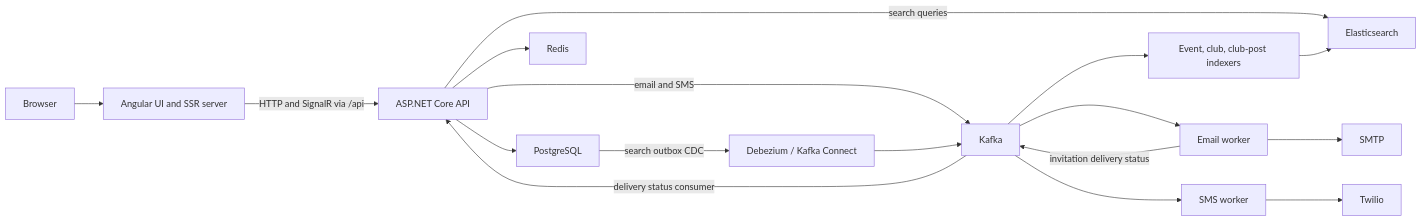
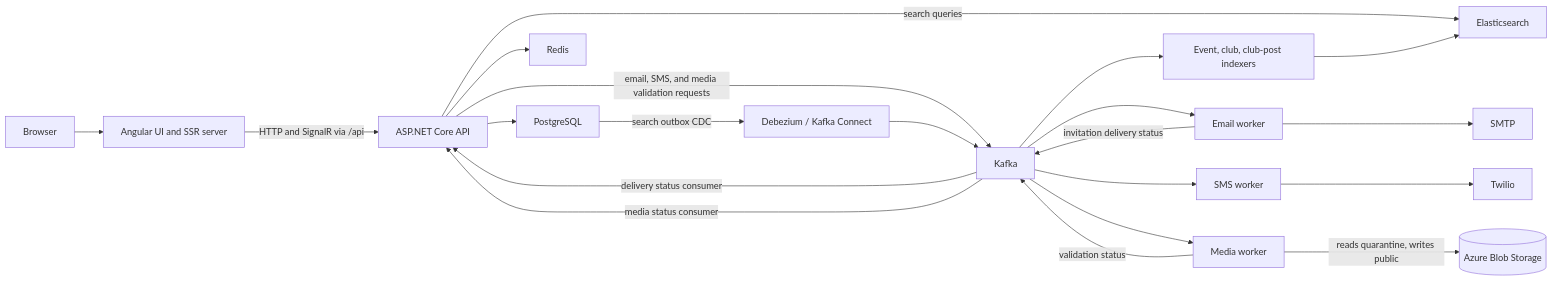
One commit to thomastran117x/Elevate changed the first of 2 diagrams in docs/ARCHITECTURE.md. Above: the diagram before and after it, drawn with Mermaid. The commit also changed other lines of this file and 82 other files, not shown here.

First line of the commit message:
Move media validation into a dedicated media-worker (#287) (#310)

````diff
--- a/docs/ARCHITECTURE.md
+++ b/docs/ARCHITECTURE.md
@@ -5,19 +5,23 @@
 ```mermaid
 flowchart LR
     Browser --> Angular[Angular UI and SSR server]
     Angular -->|HTTP and SignalR via /api| API[ASP.NET Core API]
     API --> PostgreSQL
     API --> Redis
     API -->|search queries| Elasticsearch
-    API -->|email and SMS| Kafka
+    API -->|email, SMS, and media validation requests| Kafka
     PostgreSQL -->|search outbox CDC| Connect[Debezium / Kafka Connect]
     Connect --> Kafka
     Kafka --> Indexers[Event, club, club-post indexers]
     Indexers --> Elasticsearch
     Kafka --> Email[Email worker]
     Email --> SMTP
     Email -->|invitation delivery status| Kafka
     Kafka -->|delivery status consumer| API
     Kafka --> SMS[SMS worker]
     SMS --> Twilio
+    Kafka --> Media[Media worker]
+    Media -->|reads quarantine, writes public| Blob[(Azure Blob Storage)]
+    Media -->|validation status| Kafka
+    Kafka -->|media status consumer| API
 ```
````
